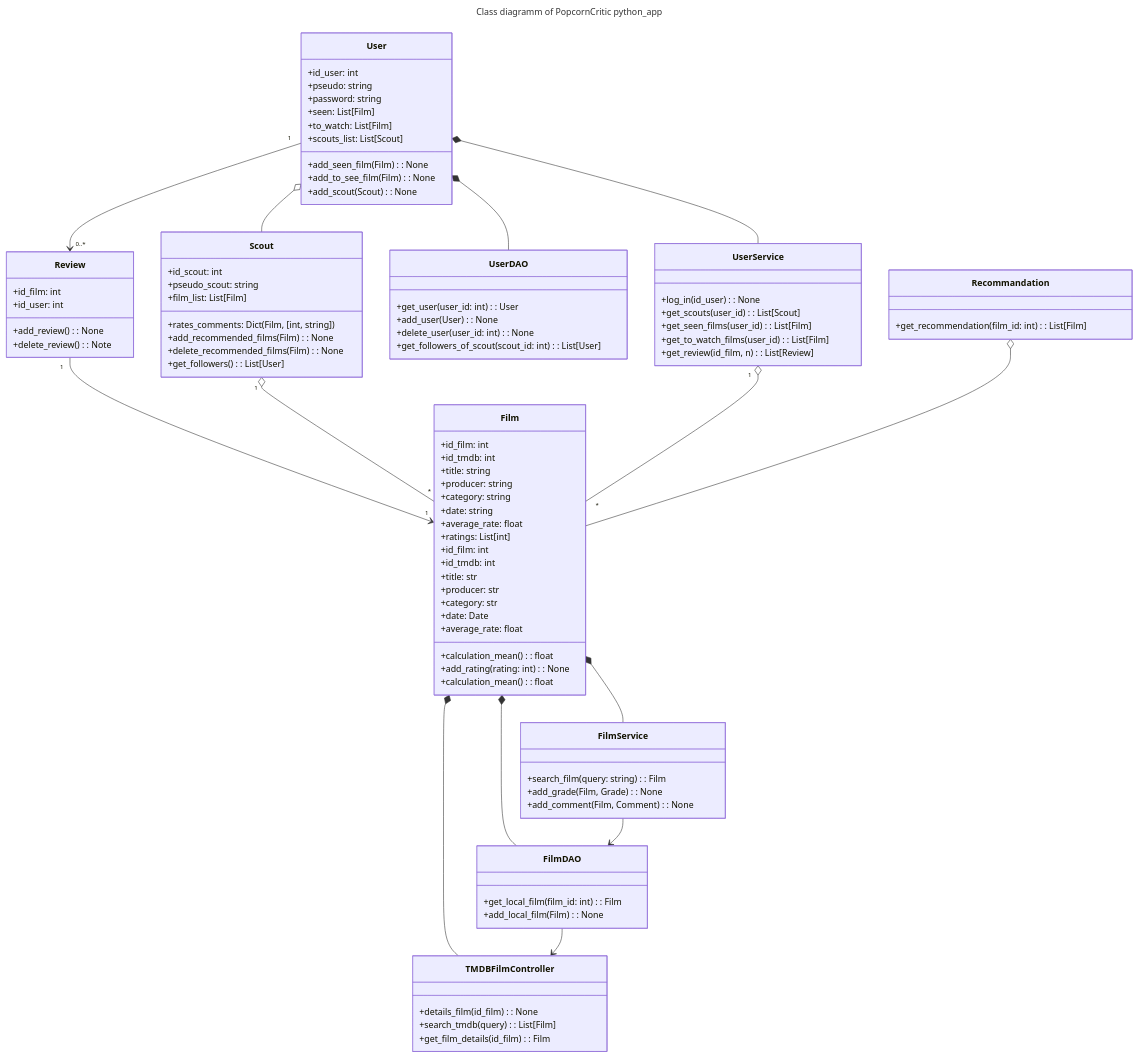
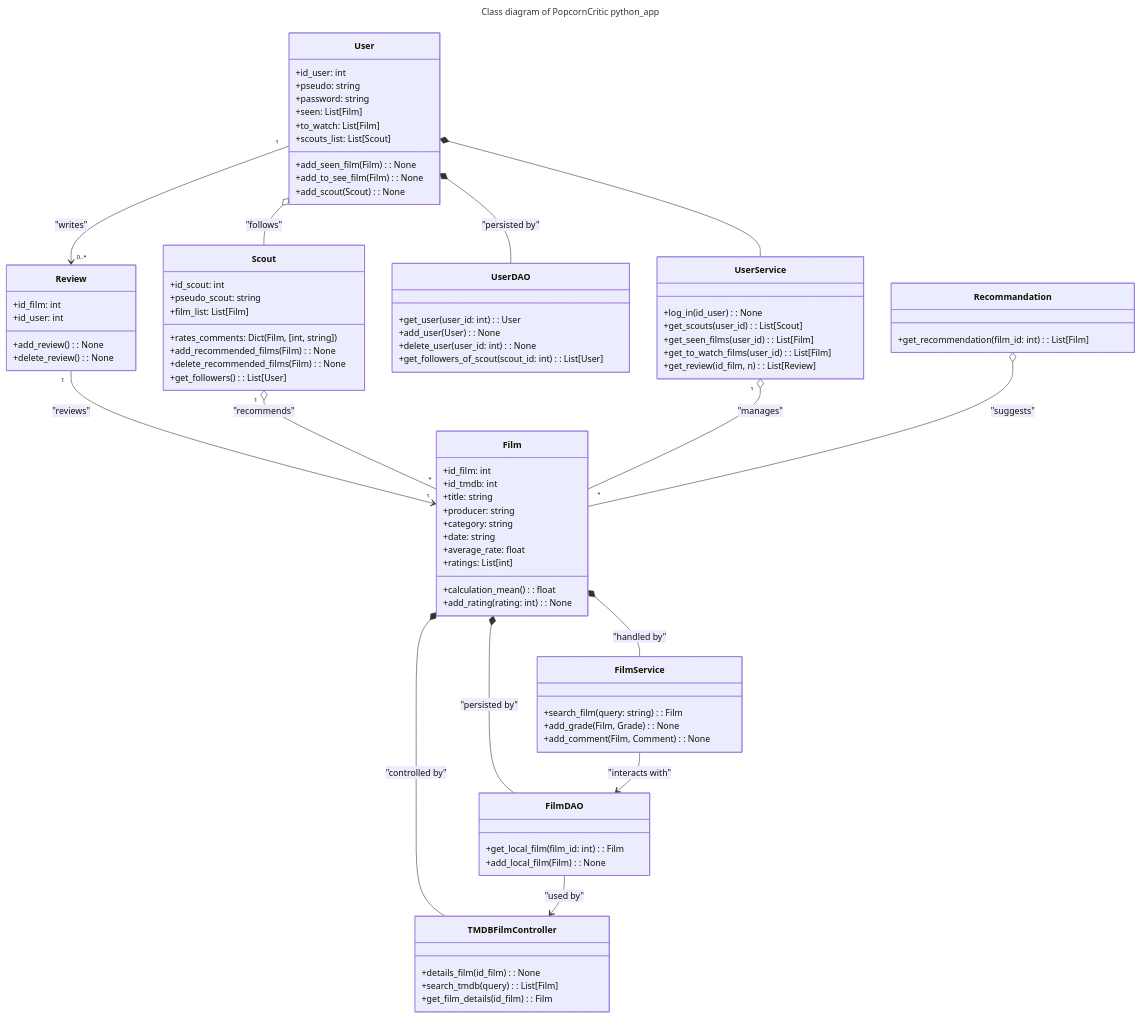
One commit to melanielacour/Projet2A_Template changed the diagram in src/Diagramme.md. Above: the diagram before and after it, drawn with Mermaid.

````diff
--- a/src/Diagramme.md
+++ b/src/Diagramme.md
@@ -3,6 +3,6 @@
 ```mermaid
 ---
-title: Class diagramm of PopcornCritic python_app
+title: Class diagram of PopcornCritic python_app
 ---
 classDiagram
     class Film {
@@ -22,7 +22,7 @@
         +id_film: int
         +id_user: int
         +add_review(): None
-        +delete_review(): Note
+        +delete_review(): None
     }
 
     class User {
@@ -45,17 +45,6 @@
         +add_recommended_films(Film): None
         +delete_recommended_films(Film): None
         +get_followers(): List[User]
-    }
-
-    class Film {
-        +id_film: int
-        +id_tmdb: int
-        +title: str
-        +producer: str
-        +category: str
-        +date: Date
-        +average_rate: float
-        +calculation_mean(): float
     }
 
     class FilmDAO {
@@ -94,17 +83,19 @@
         +get_film_details(id_film): Film
     }
 
+%% Relations entre les classes
 User *-- UserService
-User "1" --> "0..*" Review
-Review "1" --> "1" Film
-Scout "1" o-- "*" Film
-UserService "1" o-- "*" Film
-User o-- Scout
-Film *-- FilmService
-Film *-- FilmDAO
-Film *-- TMDBFilmController
-User *-- UserDAO
-FilmDAO --> TMDBFilmController
-FilmService --> FilmDAO
-Recommandation o-- Film
+User "1" --> "0..*" Review : "writes"
+Review "1" --> "1" Film : "reviews"
+Scout "1" o-- "*" Film : "recommends"
+UserService "1" o-- "*" Film : "manages"
+User o-- Scout : "follows"
+Film *-- FilmService : "handled by"
+Film *-- FilmDAO : "persisted by"
+Film *-- TMDBFilmController : "controlled by"
+User *-- UserDAO : "persisted by"
+FilmDAO --> TMDBFilmController : "used by"
+FilmService --> FilmDAO : "interacts with"
+Recommandation o-- Film : "suggests"
+
 ```
````
